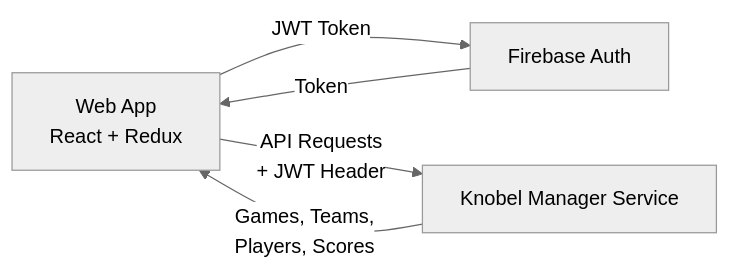
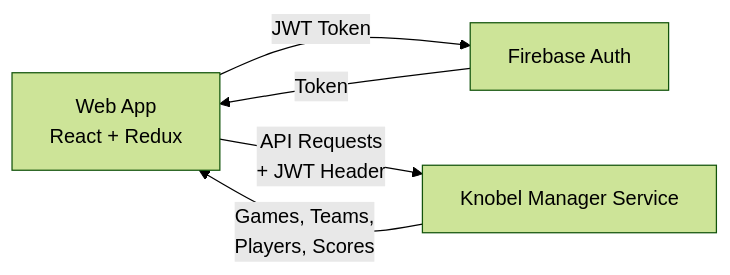
The diagram in README.md (henok321/knobel-manager-app), drawn with Mermaid before and after one commit.

Commit message:
docs: mermaid theme

````diff
--- a/README.md
+++ b/README.md
@@ -11,11 +11,11 @@
 ```mermaid
 ---
 config:
-    theme: neutral
+    theme: forest
 ---
 graph LR
     Web-App[Web App<br/>React + Redux] -->|JWT Token| Auth[Firebase Auth]
     Web-App -->|API Requests<br/>+ JWT Header| Backend[Knobel Manager Service]
     Auth -->|Token| Web-App
     Backend -->|Games, Teams,<br/>Players, Scores| Web-App
 ```
````
